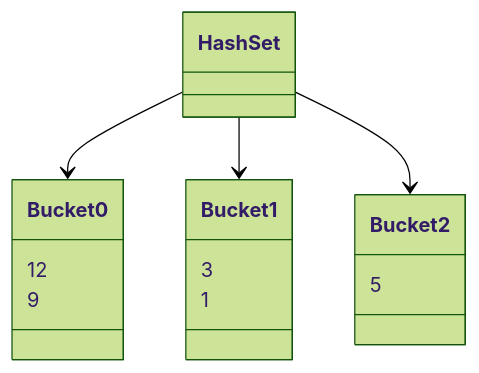
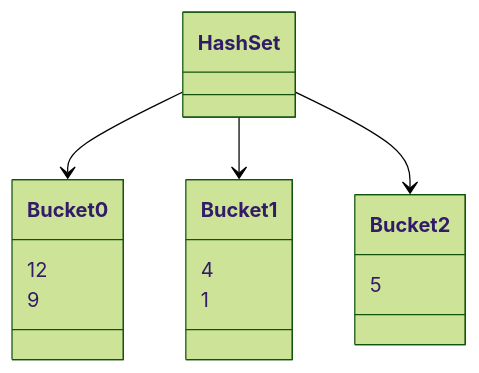
The first of 13 diagrams in docs/website/docs/blog/posts/sets.md (CLOVIS-AI/website), drawn with Mermaid (forest theme) before and after one commit. The commit also changed other lines of this file, not shown here.

````diff
--- a/docs/website/docs/blog/posts/sets.md
+++ b/docs/website/docs/blog/posts/sets.md
@@ -39,14 +39,14 @@
 ```mermaid
 classDiagram
     HashSet --> Bucket0
     HashSet --> Bucket1
     HashSet --> Bucket2
 
     Bucket0: 12
     Bucket0: 9
     
-    Bucket1: 3
+    Bucket1: 4
     Bucket1: 1
     
     Bucket2: 5
 ```
````
